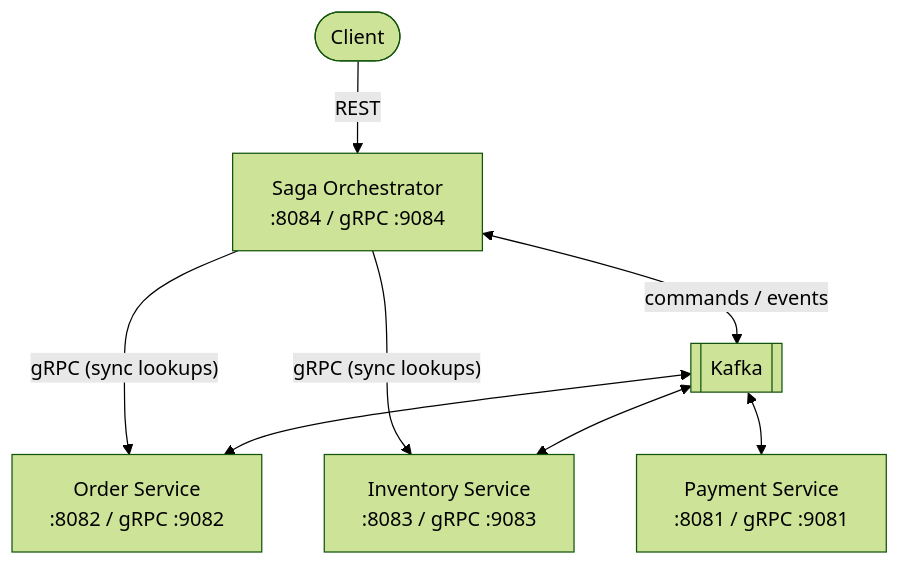
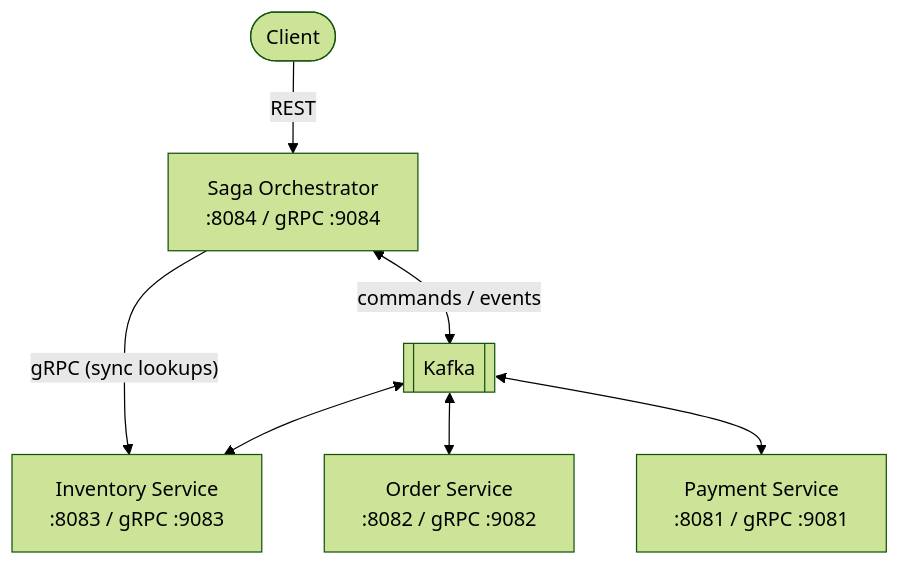
One commit to alitalhacoban/spring-saga-payment-system changed the first of 4 diagrams in README.md. Above: the diagram before and after it, drawn with Mermaid (forest theme). The commit also changed other lines of this file and 15 other files, not shown here.

Commit message:
fix: replace synchronous gRPC order creation with async Kafka outbox command to eliminate orphan-order risk

````diff
--- a/README.md
+++ b/README.md
@@ -23,17 +23,16 @@
 ```mermaid
 flowchart TB
     Client(["Client"])
     Orchestrator["Saga Orchestrator\n:8084 / gRPC :9084"]
     Order["Order Service\n:8082 / gRPC :9082"]
     Inventory["Inventory Service\n:8083 / gRPC :9083"]
     Payment["Payment Service\n:8081 / gRPC :9081"]
     Kafka[["Kafka"]]
 
     Client -- "REST" --> Orchestrator
-    Orchestrator -- "gRPC (sync lookups)" --> Order
     Orchestrator -- "gRPC (sync lookups)" --> Inventory
     Orchestrator <-- "commands / events" --> Kafka
     Kafka <--> Order
     Kafka <--> Inventory
     Kafka <--> Payment
 ```
````
